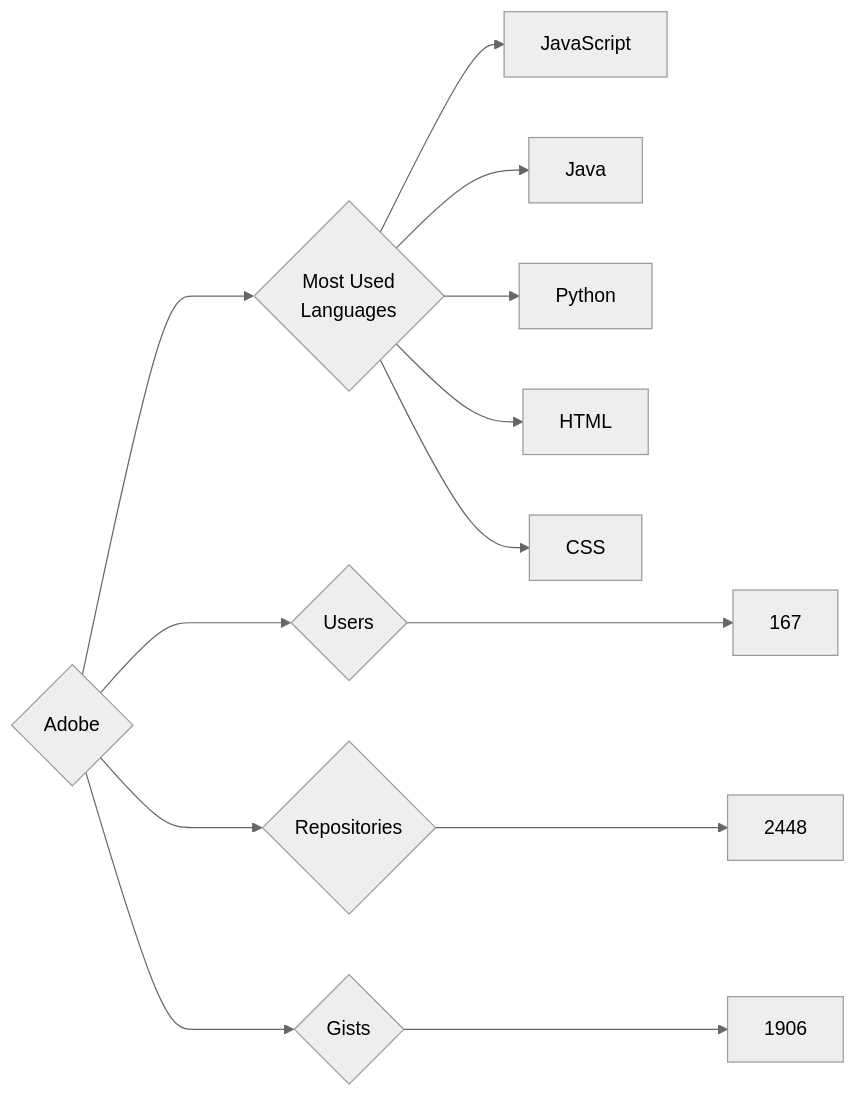
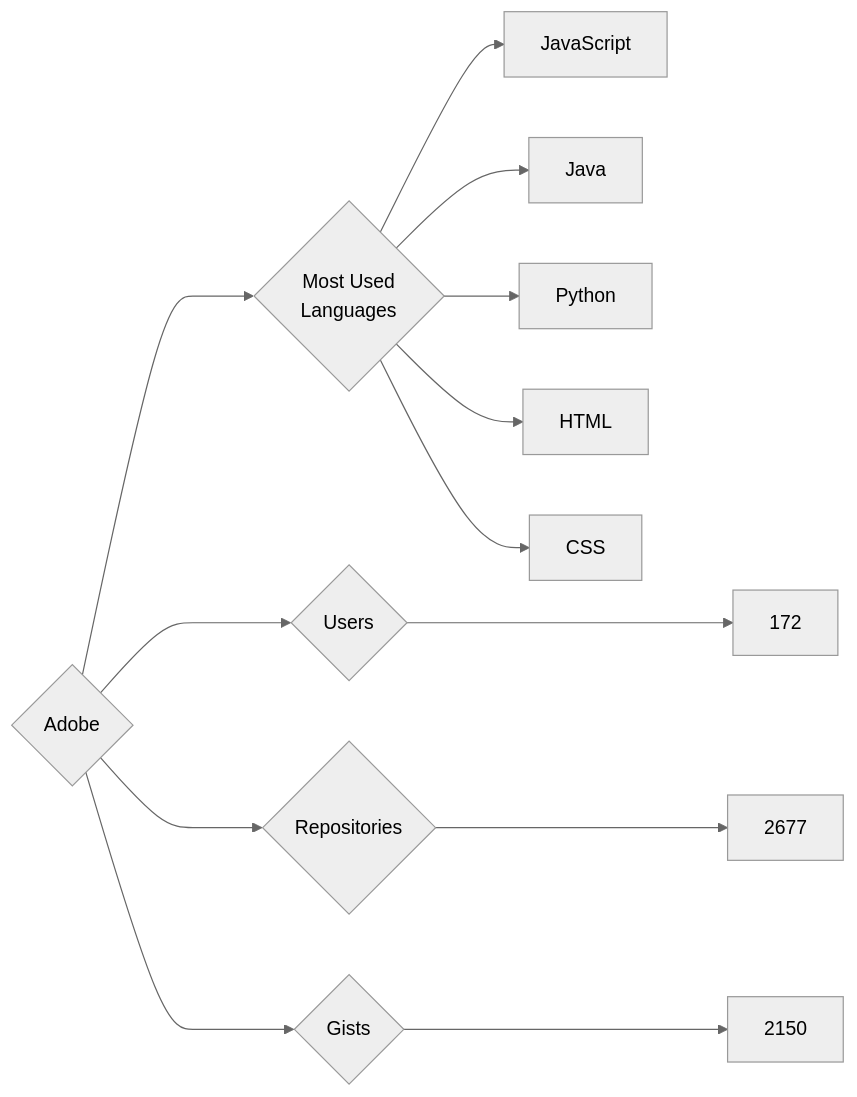
The diagram in targets/Adobe/README.md (trickest/insiders), drawn with Mermaid (neutral theme) before and after one commit. The commit also changed 745 other files, not shown here.

````diff
--- a/targets/Adobe/README.md
+++ b/targets/Adobe/README.md
@@ -3,13 +3,13 @@
 ```mermaid
 graph LR
 COMPANY_NAME{Adobe}
-COMPANY_NAME ---> U{Users} ---> UN[167]
-COMPANY_NAME ---> R{Repositories} ---> RN[2448]
-COMPANY_NAME ---> G{Gists} ---> GN[1906]
+COMPANY_NAME ---> U{Users} ---> UN[172]
+COMPANY_NAME ---> R{Repositories} ---> RN[2677]
+COMPANY_NAME ---> G{Gists} ---> GN[2150]
 COMPANY_NAME ---> ML{Most Used<br>Languages}
 ML --> JavaScript[JavaScript]
 ML --> Java[Java]
 ML --> Python[Python]
 ML --> HTML[HTML]
 ML --> CSS[CSS]
 ```
````
